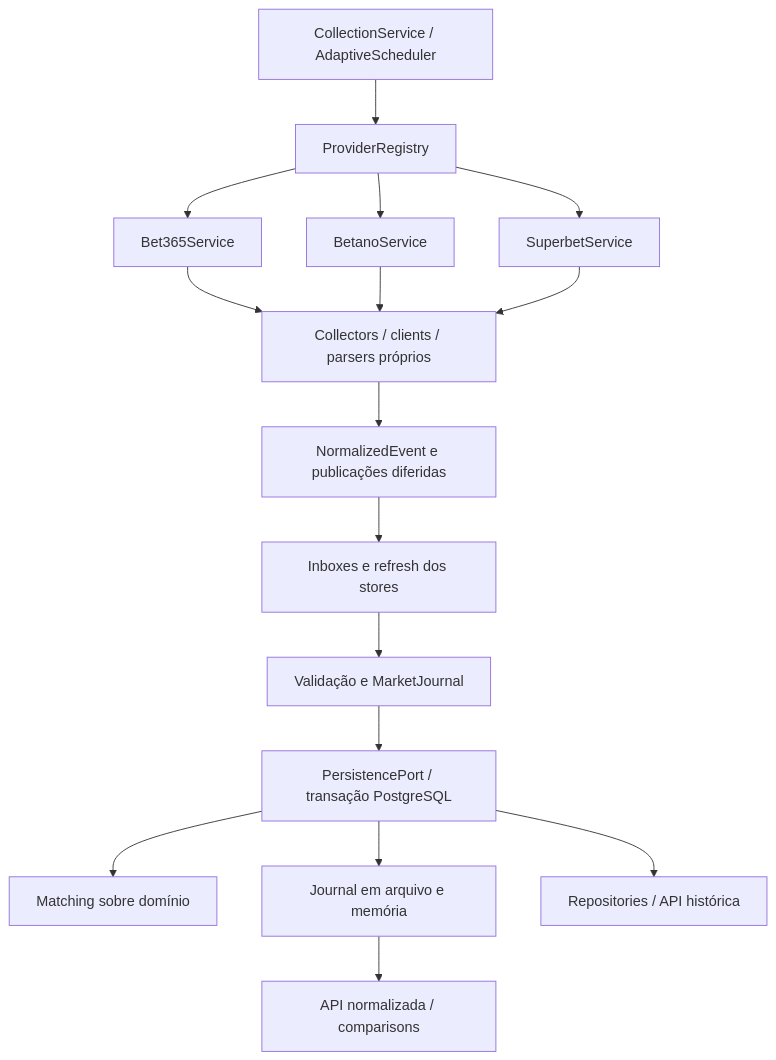
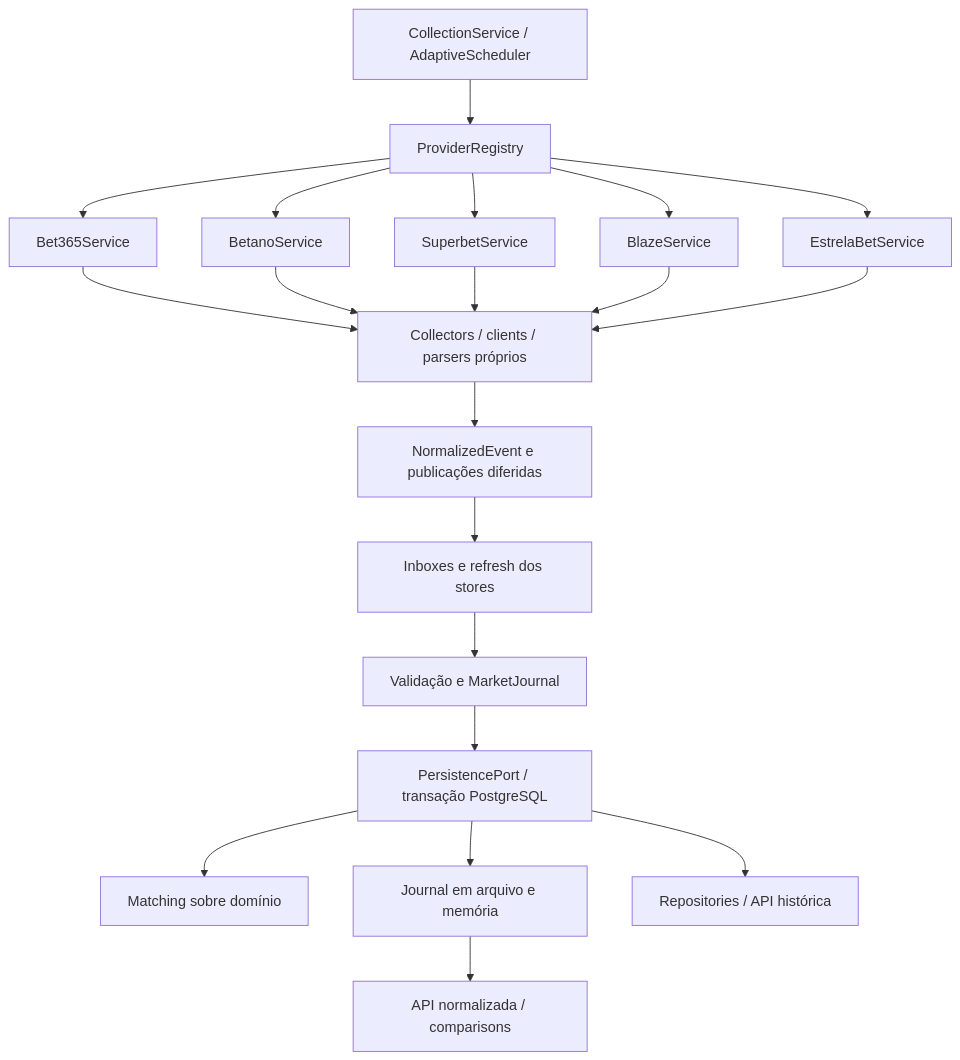
One commit to andre-fig/nexusbet changed the diagram in docs/ARCHITECTURE.md. Above: the diagram before and after it, drawn with Mermaid. The commit also changed other lines of this file and 100 other files, not shown here.

Commit message:
feat(odds-service): add Blaze and EstrelaBet providers and local CDP runtime

````diff
--- a/docs/ARCHITECTURE.md
+++ b/docs/ARCHITECTURE.md
@@ -28,18 +30,22 @@
 ```mermaid
 flowchart TD
   C[CollectionService / AdaptiveScheduler] --> R[ProviderRegistry]
   R --> B[Bet365Service]
   R --> T[BetanoService]
   R --> S[SuperbetService]
+  R --> Z[BlazeService]
+  R --> E[EstrelaBetService]
   B --> P[Collectors / clients / parsers próprios]
   T --> P
   S --> P
+  Z --> P
+  E --> P
   P --> N[NormalizedEvent e publicações diferidas]
   N --> I[Inboxes e refresh dos stores]
   I --> V[Validação e MarketJournal]
   V --> DB[PersistencePort / transação PostgreSQL]
   DB --> M[Matching sobre domínio]
   DB --> F[Journal em arquivo e memória]
   F --> A[API normalizada / comparisons]
   DB --> Q[Repositories / API histórica]
 ```
````
